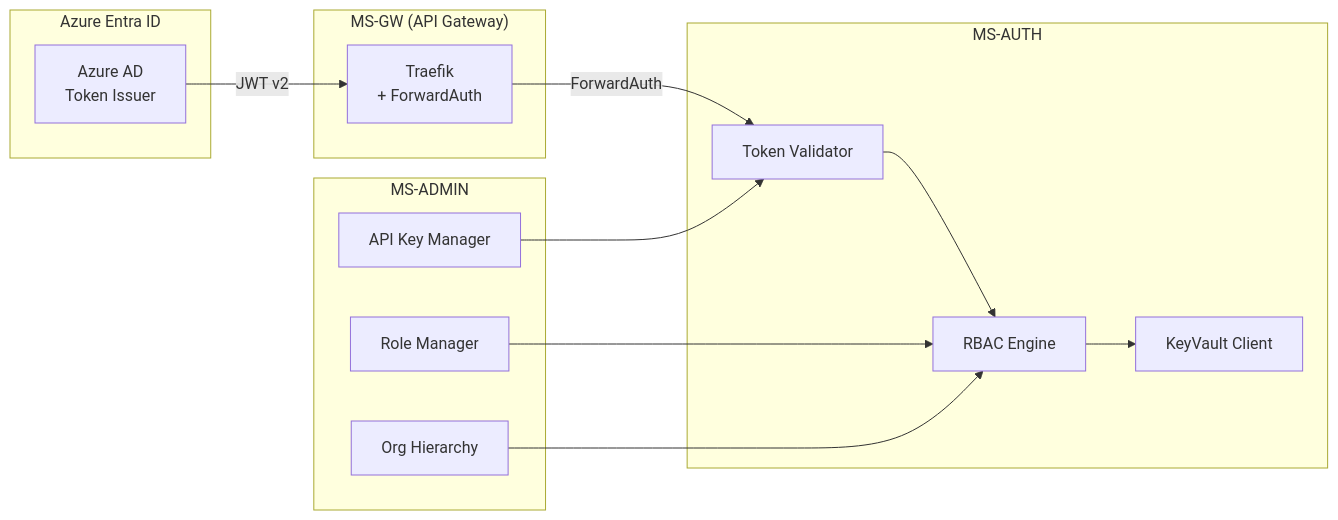
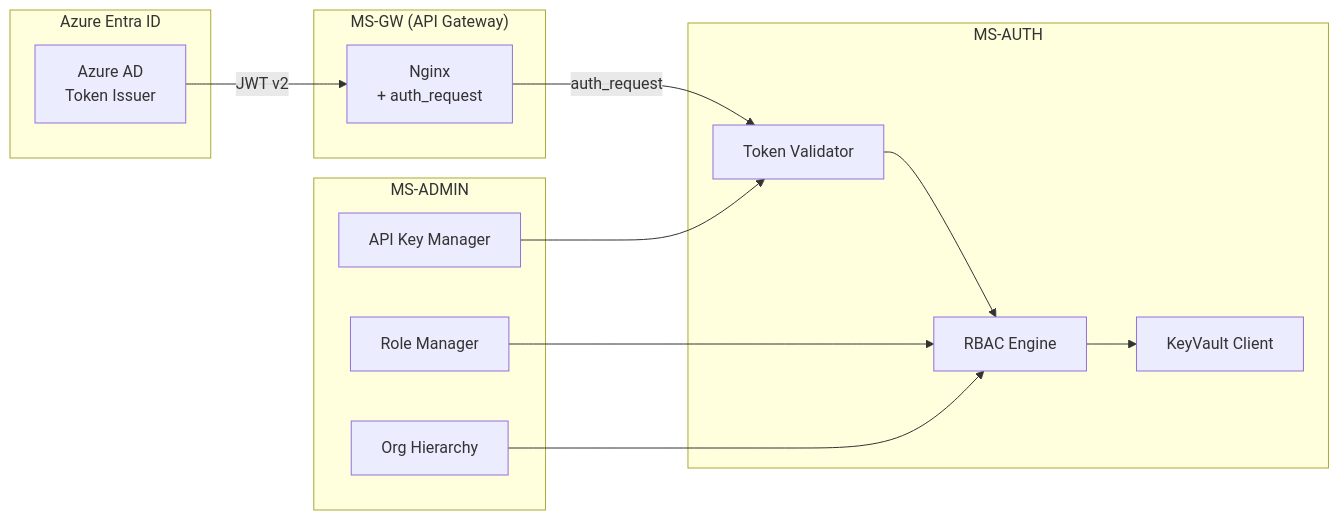
Before and after one commit to JanBartyzal/ReportAutomatization: the fourth of 7 diagrams in docs/microservices_decomposition.md, drawn with Mermaid. The commit also changed other lines of this file and 121 other files, not shown here.

````diff
--- a/docs/microservices_decomposition.md
+++ b/docs/microservices_decomposition.md
@@ -185,30 +187,30 @@
 ```mermaid
 graph LR
     subgraph "Azure Entra ID"
         AAD[Azure AD<br/>Token Issuer]
     end
 
     subgraph "MS-GW (API Gateway)"
-        TR[Traefik<br/>+ ForwardAuth]
+        TR[Nginx<br/>+ auth_request]
     end
 
     subgraph "MS-AUTH"
         TV[Token Validator]
         RBAC[RBAC Engine]
         KV[KeyVault Client]
     end
 
     subgraph "MS-ADMIN"
         ROLES[Role Manager]
         KEYS[API Key Manager]
         ORG[Org Hierarchy]
     end
 
     AAD -->|JWT v2| TR
-    TR -->|ForwardAuth| TV
+    TR -->|auth_request| TV
     TV --> RBAC
     RBAC --> KV
     ROLES --> RBAC
     KEYS --> TV
     ORG --> RBAC
 ```
````
